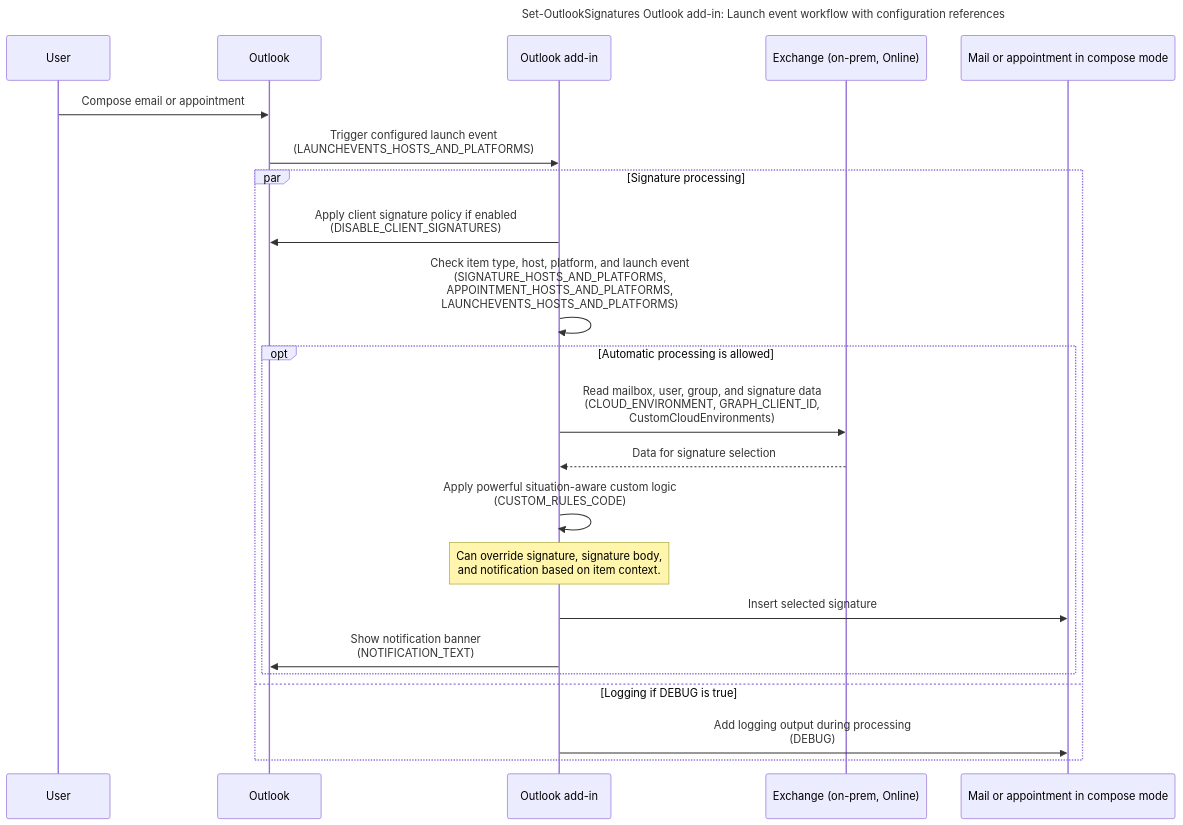
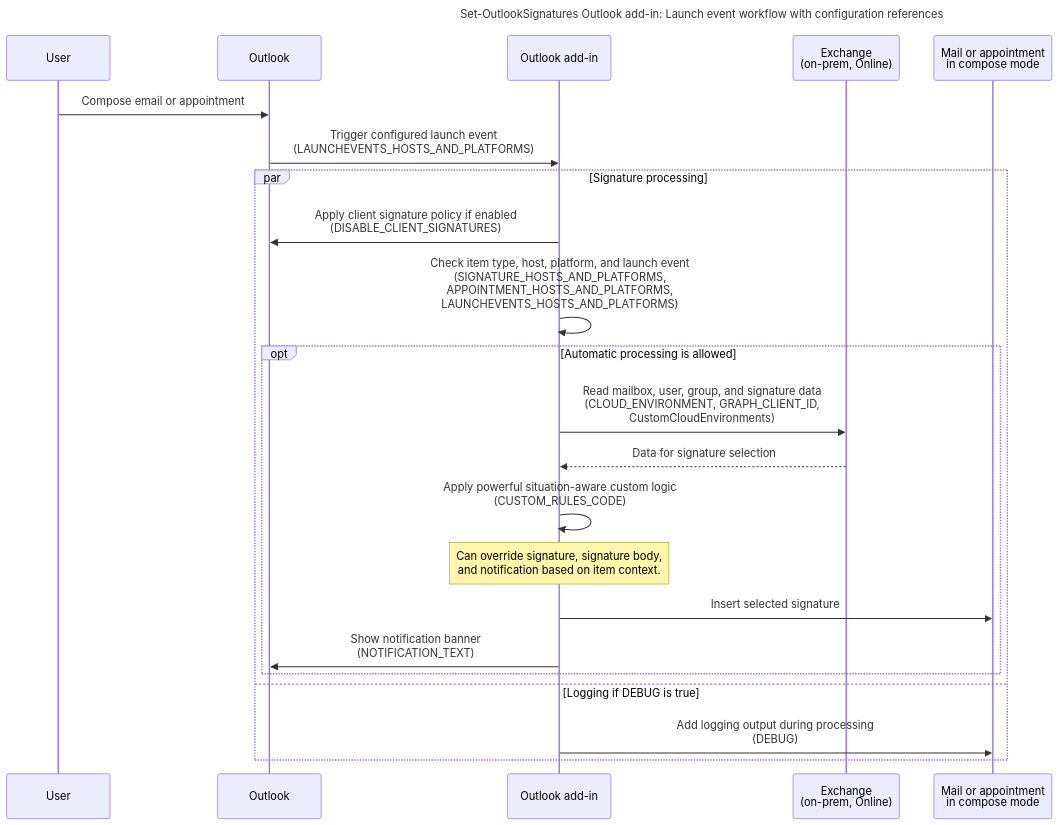
Before and after one commit to ExplicITConsulting/set-outlooksignatures.com: the second of 3 diagrams in outlookaddin.en.md, drawn with Mermaid. The commit also changed other lines of this file, not shown here.

Commit message:
docs(outlookaddin): Add workflow diagrams with configuration references for launch event and taskpane usage.

````diff
--- a/outlookaddin.en.md
+++ b/outlookaddin.en.md
@@ -334,31 +334,31 @@
 ```mermaid
 ---
 title: "Set-OutlookSignatures Outlook add-in: Launch event workflow with configuration references"
 ---
 sequenceDiagram
     participant User
     participant Outlook
     participant AddIn as Outlook add-in
-    participant Exchange as Exchange (on-prem, Online)
-    participant Item as Mail or appointment in compose mode
+    participant Exchange as Exchange<br>(on-prem, Online)
+    participant Item as Mail or appointment<br>in compose mode
 
     User->>Outlook: Compose email or appointment
     Outlook->>AddIn: Trigger configured launch event<br>(LAUNCHEVENTS_HOSTS_AND_PLATFORMS)
 
     par Signature processing
         AddIn->>Outlook: Apply client signature policy if enabled<br>(DISABLE_CLIENT_SIGNATURES)
         AddIn->>AddIn: Check item type, host, platform, and launch event<br>(SIGNATURE_HOSTS_AND_PLATFORMS,<br>APPOINTMENT_HOSTS_AND_PLATFORMS,<br>LAUNCHEVENTS_HOSTS_AND_PLATFORMS)
 
         opt Automatic processing is allowed
             AddIn->>Exchange: Read mailbox, user, group, and signature data<br>(CLOUD_ENVIRONMENT, GRAPH_CLIENT_ID,<br>CustomCloudEnvironments)
             Exchange-->>AddIn: Data for signature selection
             AddIn->>AddIn: Apply powerful situation-aware custom logic<br>(CUSTOM_RULES_CODE)
             Note over AddIn: Can override signature, signature body,<br>and notification based on item context.
             AddIn->>Item: Insert selected signature
             AddIn->>Outlook: Show notification banner<br>(NOTIFICATION_TEXT)
         end
 
     and Logging if DEBUG is true
         AddIn->>Item: Add logging output during processing<br>(DEBUG)
     end
 ```
````
